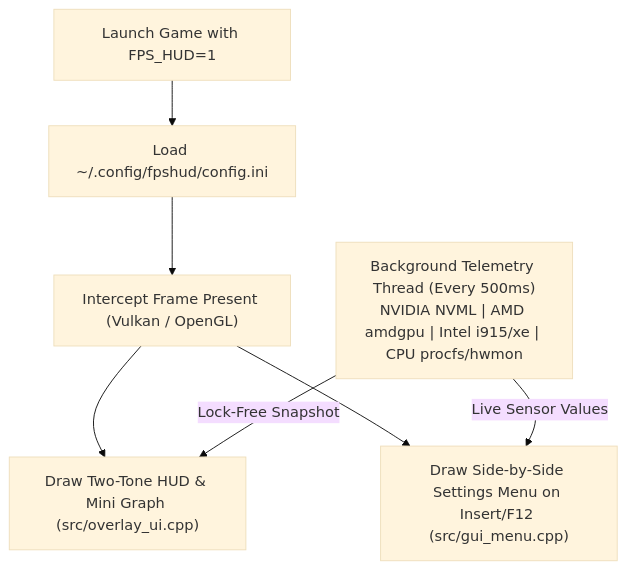
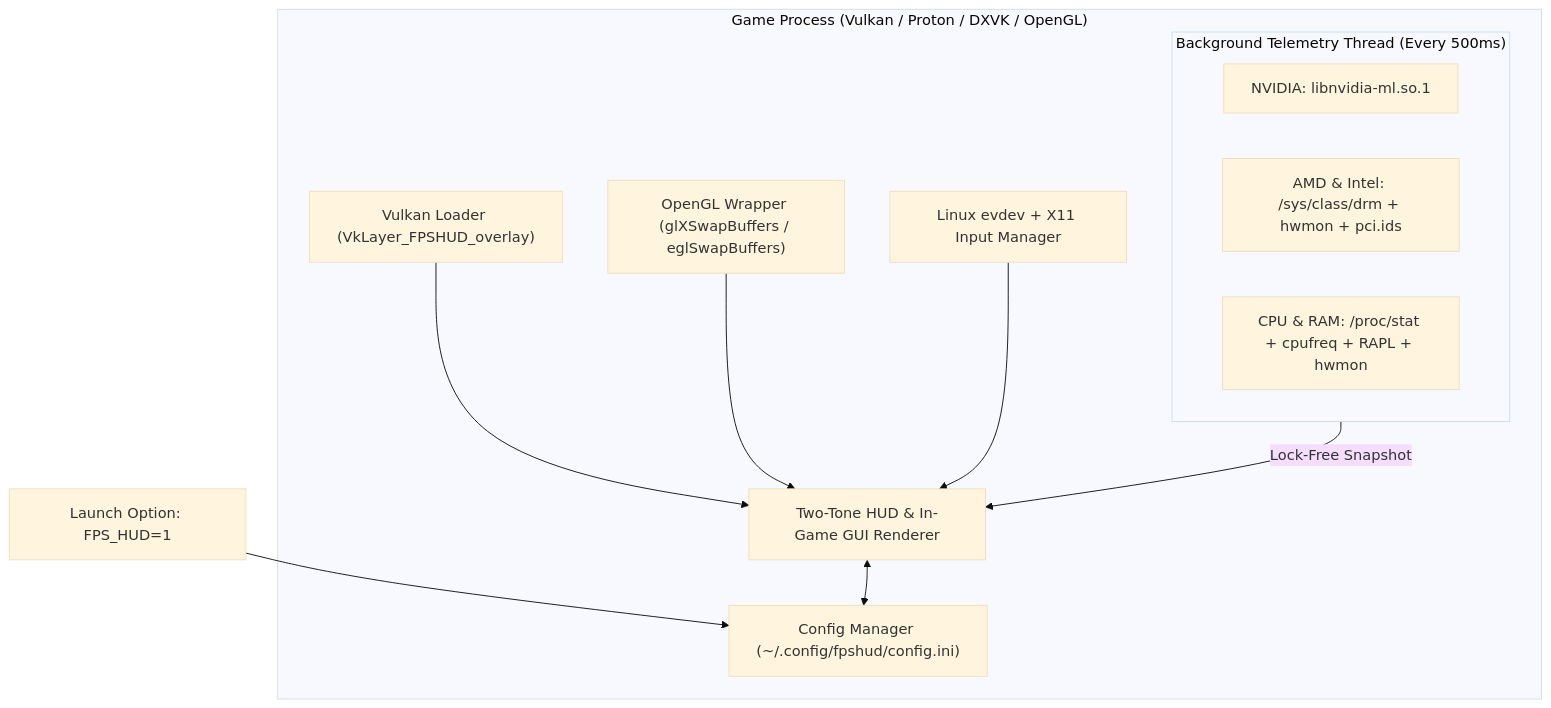
One commit to budicuy/FPS_HUD_FOR_LINUX changed the diagram in README.md. Above: the diagram before and after it, drawn with Mermaid (base theme). The commit also changed other lines of this file and 7 other files, not shown here.

Commit message:
Initial release: FPSHUD v1.0.0 - 1-Command Installer, Multi-Vendor Telemetry & In-Game GUI

````diff
--- a/README.md
+++ b/README.md
@@ -185,9 +209,16 @@
 ```mermaid
 flowchart TD
-    Env["Launch Game with FPS_HUD=1"] --> Config["Load ~/.config/fpshud/config.ini"]
-    Config --> Hook["Intercept Frame Present (Vulkan / OpenGL)"]
-    Hook --> HUD["Draw Two-Tone HUD & Mini Graph (src/overlay_ui.cpp)"]
-    Hook --> GUI["Draw Side-by-Side Settings Menu on Insert/F12 (src/gui_menu.cpp)"]
-    Worker["Background Telemetry Thread (Every 500ms)\nNVIDIA NVML | AMD amdgpu | Intel i915/xe | CPU procfs/hwmon"] -->|Lock-Free Snapshot| HUD
-    Worker -->|Live Sensor Values| GUI
+    Env["Launch Option: FPS_HUD=1"] --> Init["Config Manager (~/.config/fpshud/config.ini)"]
+    subgraph GameProcess["Game Process (Vulkan / Proton / DXVK / OpenGL)"]
+        VK["Vulkan Loader (VkLayer_FPSHUD_overlay)"] --> HUD["Two-Tone HUD & In-Game GUI Renderer"]
+        GL["OpenGL Wrapper (glXSwapBuffers / eglSwapBuffers)"] --> HUD
+        Input["Linux evdev + X11 Input Manager"] --> HUD
+        HUD <--> Init
+        subgraph Worker["Background Telemetry Thread (Every 500ms)"]
+            NV["NVIDIA: libnvidia-ml.so.1"]
+            DRM["AMD & Intel: /sys/class/drm + hwmon + pci.ids"]
+            CPU["CPU & RAM: /proc/stat + cpufreq + RAPL + hwmon"]
+        end
+        Worker -->|Lock-Free Snapshot| HUD
+    end
 ```
````
